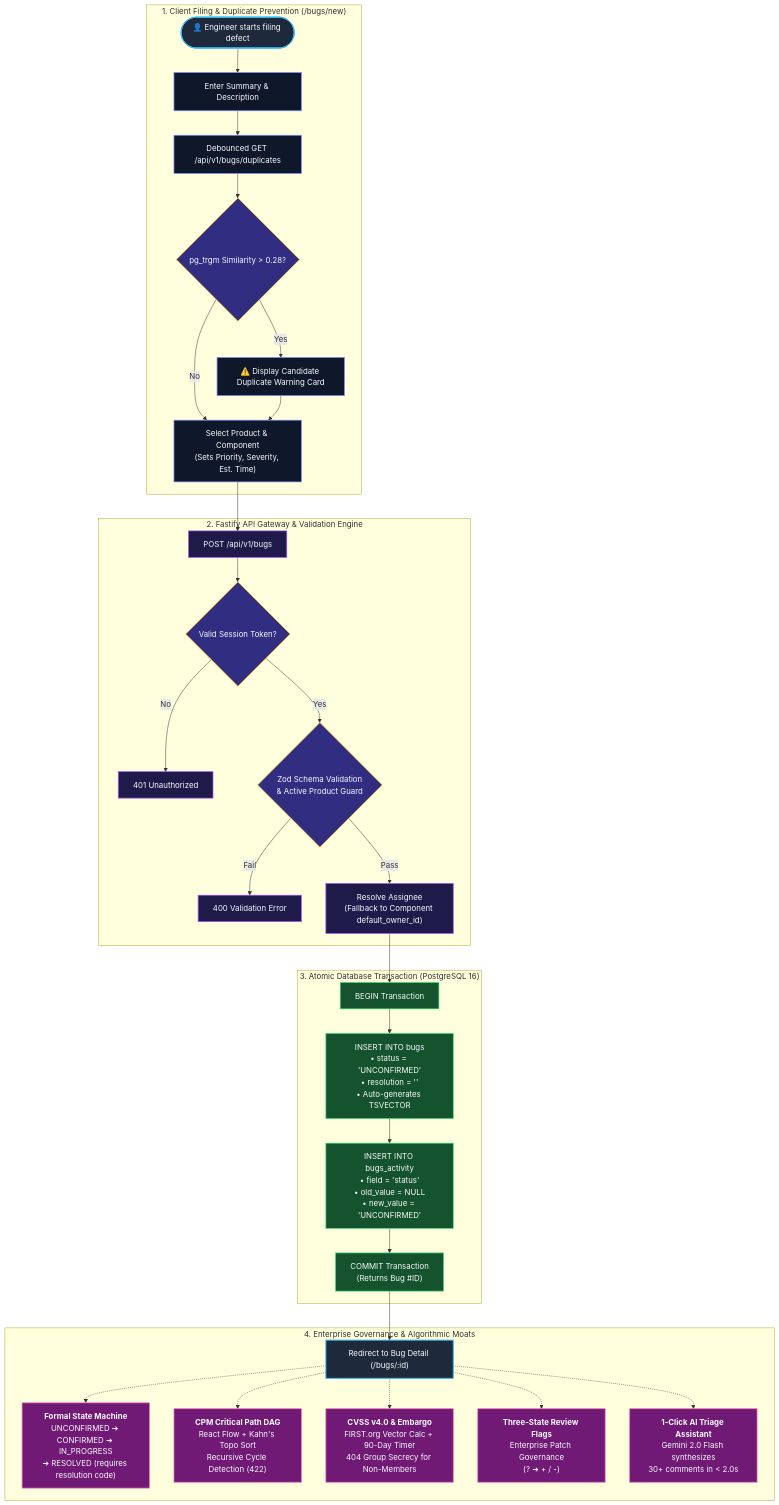
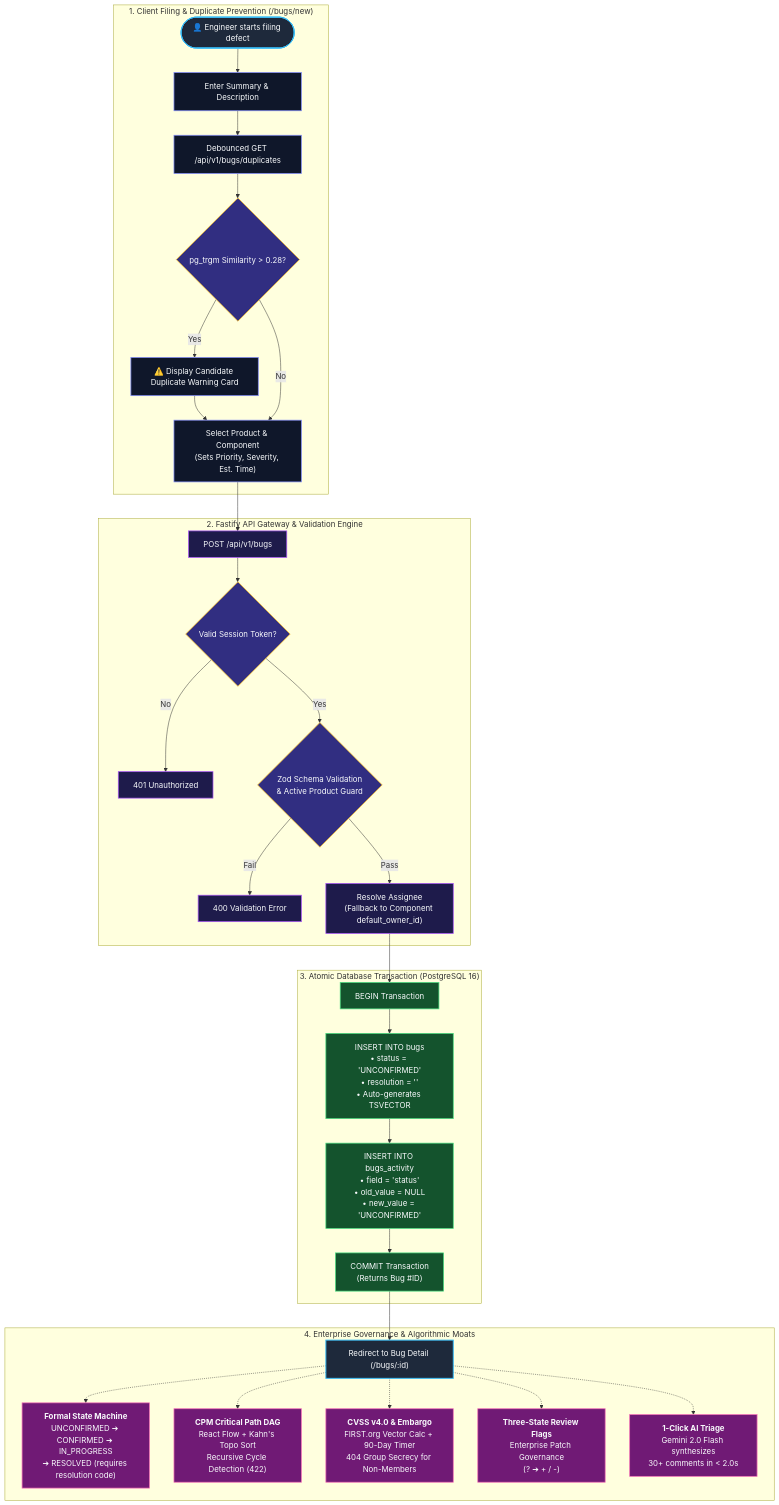
The diagram in README.md (OjasKugore/Mantis), drawn with Mermaid before and after one commit. The commit also changed other lines of this file and 3 other files, not shown here.

````diff
--- a/README.md
+++ b/README.md
@@ -90,77 +264,59 @@
 ```mermaid
 flowchart TD
-    %% Styling
     classDef startEnd fill:#1E293B,stroke:#38BDF8,stroke-width:2px,color:#F8FAFC;
     classDef client fill:#0F172A,stroke:#818CF8,stroke-width:1.5px,color:#F8FAFC;
     classDef server fill:#1E1B4B,stroke:#A855F7,stroke-width:1.5px,color:#F8FAFC;
     classDef database fill:#14532D,stroke:#4ADE80,stroke-width:1.5px,color:#F8FAFC;
     classDef moat fill:#701A75,stroke:#F472B6,stroke-width:1.5px,color:#F8FAFC;
     classDef decision fill:#312E81,stroke:#FBBF24,stroke-width:1.5px,color:#F8FAFC;
 
-    %% 1. Client Filing & Duplicate Prevention
     subgraph S1 ["1. Client Filing & Duplicate Prevention (/bugs/new)"]
         START(["👤 Engineer starts filing defect"]):::startEnd
         INPUT["Enter Summary & Description"]:::client
         TRGM_QUERY["Debounced GET /api/v1/bugs/duplicates"]:::client
         CHECK_DUP{"pg_trgm Similarity > 0.28?"}:::decision
         WARN_CARD["⚠️ Display Candidate Duplicate Warning Card"]:::client
         USER_CONTINUE["Select Product & Component<br/>(Sets Priority, Severity, Est. Time)"]:::client
     end
 
-    %% 2. Fastify API Gateway & Validation
     subgraph S2 ["2. Fastify API Gateway & Validation Engine"]
         SUBMIT["POST /api/v1/bugs"]:::server
         AUTH_CHECK{"Valid Session Token?"}:::decision
         AUTH_ERR["401 Unauthorized"]:::server
         ZOD_CHECK{"Zod Schema Validation<br/>& Active Product Guard"}:::decision
         VAL_ERR["400 Validation Error"]:::server
         OWNER_RESOLVE["Resolve Assignee<br/>(Fallback to Component default_owner_id)"]:::server
     end
 
-    %% 3. Atomic Database Insertion
     subgraph S3 ["3. Atomic Database Transaction (PostgreSQL 16)"]
         DB_TX["BEGIN Transaction"]:::database
         INSERT_BUG["INSERT INTO bugs<br/>• status = 'UNCONFIRMED'<br/>• resolution = ''<br/>• Auto-generates TSVECTOR"]:::database
         INSERT_AUDIT["INSERT INTO bugs_activity<br/>• field = 'status'<br/>• old_value = NULL<br/>• new_value = 'UNCONFIRMED'"]:::database
         DB_COMMIT["COMMIT Transaction<br/>(Returns Bug #ID)"]:::database
     end
 
-    %% 4. Enterprise Governance & Algorithmic Moats
     subgraph S4 ["4. Enterprise Governance & Algorithmic Moats"]
         DETAIL_PAGE["Redirect to Bug Detail (/bugs/:id)"]:::startEnd
-        
         M_FSM["<b>Formal State Machine</b><br/>UNCONFIRMED ➔ CONFIRMED ➔ IN_PROGRESS<br/>➔ RESOLVED (requires resolution code)"]:::moat
         M_CPM["<b>CPM Critical Path DAG</b><br/>React Flow + Kahn's Topo Sort<br/>Recursive Cycle Detection (422)"]:::moat
         M_CVSS["<b>CVSS v4.0 & Embargo</b><br/>FIRST.org Vector Calc + 90-Day Timer<br/>404 Group Secrecy for Non-Members"]:::moat
         M_FLAGS["<b>Three-State Review Flags</b><br/>Enterprise Patch Governance<br/>(? ➔ + / -)"]:::moat
-        M_AI["<b>1-Click AI Triage Assistant</b><br/>Gemini 2.0 Flash synthesizes<br/>30+ comments in < 2.0s"]:::moat
+        M_AI["<b>1-Click AI Triage</b><br/>Gemini 2.0 Flash synthesizes<br/>30+ comments in < 2.0s"]:::moat
     end
 
-    %% Connections
-    START --> INPUT
-    INPUT --> TRGM_QUERY
-    TRGM_QUERY --> CHECK_DUP
-    CHECK_DUP -- Yes --> WARN_CARD
-    CHECK_DUP -- No --> USER_CONTINUE
-    WARN_CARD --> USER_CONTINUE
-    USER_CONTINUE --> SUBMIT
+    START --> INPUT --> TRGM_QUERY --> CHECK_DUP
+    CHECK_DUP -- Yes --> WARN_CARD --> USER_CONTINUE
+    CHECK_DUP -- No --> USER_CONTINUE --> SUBMIT
 
     SUBMIT --> AUTH_CHECK
     AUTH_CHECK -- No --> AUTH_ERR
     AUTH_CHECK -- Yes --> ZOD_CHECK
     ZOD_CHECK -- Fail --> VAL_ERR
-    ZOD_CHECK -- Pass --> OWNER_RESOLVE
-
-    OWNER_RESOLVE --> DB_TX
-    DB_TX --> INSERT_BUG
-    INSERT_BUG --> INSERT_AUDIT
-    INSERT_AUDIT --> DB_COMMIT
-
-    DB_COMMIT --> DETAIL_PAGE
+    ZOD_CHECK -- Pass --> OWNER_RESOLVE --> DB_TX --> INSERT_BUG --> INSERT_AUDIT --> DB_COMMIT --> DETAIL_PAGE
 
     DETAIL_PAGE -.-> M_FSM
     DETAIL_PAGE -.-> M_CPM
     DETAIL_PAGE -.-> M_CVSS
     DETAIL_PAGE -.-> M_FLAGS
     DETAIL_PAGE -.-> M_AI
 ```
````
